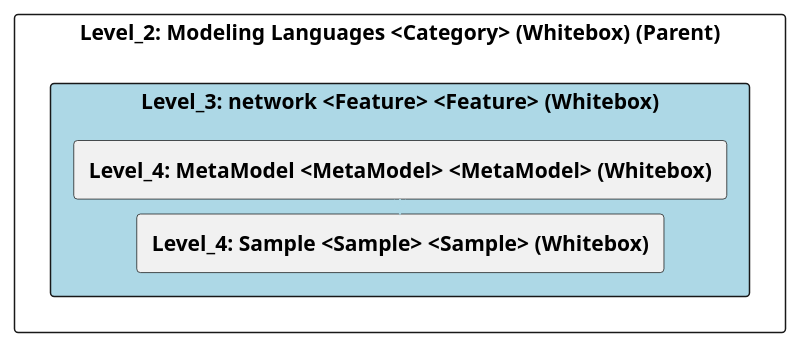
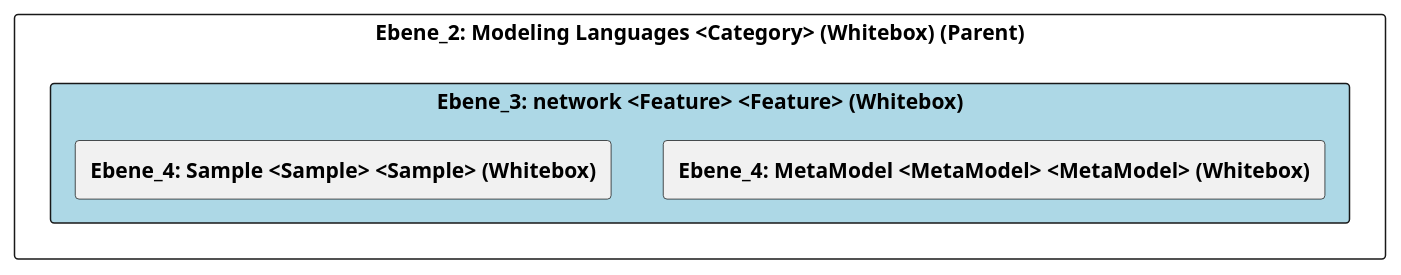
Before and after one commit to marcozwyssig/cleon: the diagram in doc/cleonproject_deliverables_architecture_model_architecture/adoc/de/05_bausteinsicht/cleon/modeling_languages/network/ebene_3_network.adoc, drawn with PlantUML. The commit also changed other lines of this file and 150 other files, not shown here.

```diff
--- a/doc/cleonproject_deliverables_architecture_model_architecture/adoc/de/05_bausteinsicht/cleon/modeling_languages/network/ebene_3_network.adoc
+++ b/doc/cleonproject_deliverables_architecture_model_architecture/adoc/de/05_bausteinsicht/cleon/modeling_languages/network/ebene_3_network.adoc
@@ -20,28 +20,25 @@
-[plantuml, Level_3: network <Feature> <Feature> (Whitebox)BlockOverview, format="svg"]
+[plantuml, Ebene_3: network <Feature> <Feature> (Whitebox)BlockOverview, format="svg"]
 ----
-@startuml Level_3: network <Feature> <Feature> (Whitebox)BuildingBlockOverview
+@startuml Ebene_3: network <Feature> <Feature> (Whitebox)BuildingBlockOverview
 
 skinparam ranksep 10
 skinparam componentStyle rectangle
 skinparam shadowing false
 skinparam arrowColor lightblue
 skinparam arrowThickness 1.2
 skinparam rectangle {
   BackgroundColor White
   BorderColor #333
   RoundCorner 10
 }
 top to bottom direction
 
-component "Level_2: Modeling Languages <Category> (Whitebox) (Parent)" {
-    component "Level_3: network <Feature> <Feature> (Whitebox)" #lightblue {
-        [**Level_4: MetaModel <MetaModel> <MetaModel> (Whitebox)**] as 4A570572_D579_11EE_903E_9F564E4DE07E
-        [**Level_4: Sample <Sample> <Sample> (Whitebox)**] as 4A56DE48_D579_11EE_903E_9F564E4DE07E
+component "Ebene_2: Modeling Languages <Category> (Whitebox) (Parent)" {
+    component "Ebene_3: network <Feature> <Feature> (Whitebox)" #lightblue {
+        [**Ebene_4: MetaModel <MetaModel> <MetaModel> (Whitebox)**] as 4A570572_D579_11EE_903E_9F564E4DE07E
+        [**Ebene_4: Sample <Sample> <Sample> (Whitebox)**] as 4A56DE48_D579_11EE_903E_9F564E4DE07E
     }
-
-    4A570572_D579_11EE_903E_9F564E4DE07E -down-> 4A56DE48_D579_11EE_903E_9F564E4DE07E
-    
 }
 
 @enduml
 ----
```
